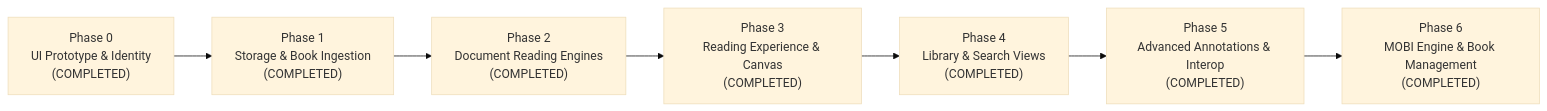
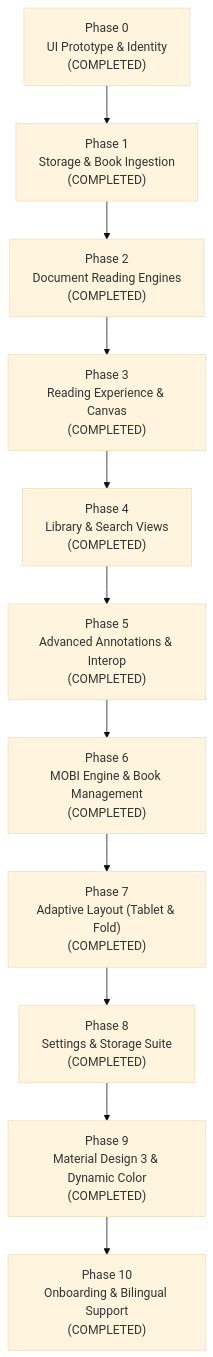
One commit to FeurisPT2/foliohaven-mobile changed the diagram in docs/ROADMAP.md. Above: the diagram before and after it, drawn with Mermaid (base theme). The commit also changed other lines of this file and 6 other files, not shown here.

Commit message:
docs: update architecture, roadmap, design tokens, and README to reflect v1.0.0 features

````diff
--- a/docs/ROADMAP.md
+++ b/docs/ROADMAP.md
@@ -9,12 +9,16 @@
 ```mermaid
-flowchart LR
+flowchart TD
     P0["Phase 0<br/>UI Prototype & Identity<br/>(COMPLETED)"]
     P1["Phase 1<br/>Storage & Book Ingestion<br/>(COMPLETED)"]
     P2["Phase 2<br/>Document Reading Engines<br/>(COMPLETED)"]
     P3["Phase 3<br/>Reading Experience & Canvas<br/>(COMPLETED)"]
     P4["Phase 4<br/>Library & Search Views<br/>(COMPLETED)"]
     P5["Phase 5<br/>Advanced Annotations & Interop<br/>(COMPLETED)"]
     P6["Phase 6<br/>MOBI Engine & Book Management<br/>(COMPLETED)"]
+    P7["Phase 7<br/>Adaptive Layout (Tablet & Fold)<br/>(COMPLETED)"]
+    P8["Phase 8<br/>Settings & Storage Suite<br/>(COMPLETED)"]
+    P9["Phase 9<br/>Material Design 3 & Dynamic Color<br/>(COMPLETED)"]
+    P10["Phase 10<br/>Onboarding & Bilingual Support<br/>(COMPLETED)"]
 
-    P0 --> P1 --> P2 --> P3 --> P4 --> P5 --> P6
+    P0 --> P1 --> P2 --> P3 --> P4 --> P5 --> P6 --> P7 --> P8 --> P9 --> P10
 ```
````
